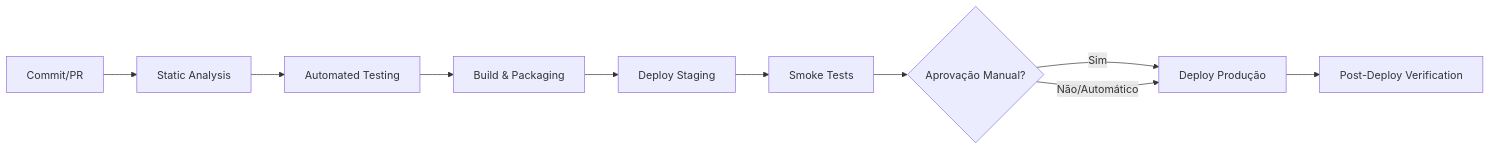
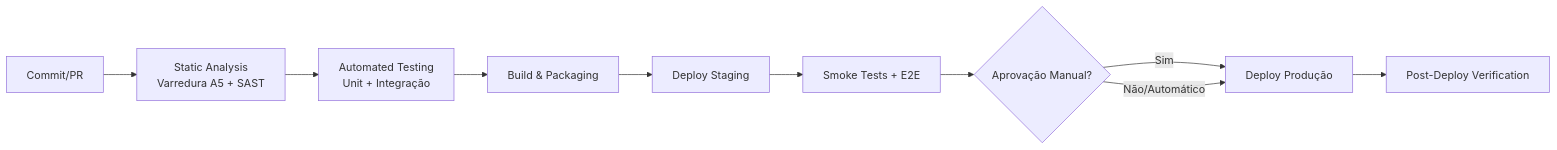
The diagram in docs/05-operations/deployment-plan.md (diogo-rp-menezes/aegispatrimonio), drawn with Mermaid before and after one commit. The commit also changed other lines of this file and 35 other files, not shown here.

````diff
--- a/docs/05-operations/deployment-plan.md
+++ b/docs/05-operations/deployment-plan.md
@@ -6,12 +9,12 @@
 ```mermaid
 graph LR
-    A[Commit/PR] --> B[Static Analysis]
-    B --> C[Automated Testing]
+    A[Commit/PR] --> B[Static Analysis<br/>Varredura A5 + SAST]
+    B --> C[Automated Testing<br/>Unit + Integração]
     C --> D[Build & Packaging]
     D --> E[Deploy Staging]
-    E --> F[Smoke Tests]
+    E --> F[Smoke Tests + E2E]
     F --> G{Aprovação Manual?}
     G -- Sim --> H[Deploy Produção]
     G -- Não/Automático --> H
     H --> I[Post-Deploy Verification]
 ```
````
